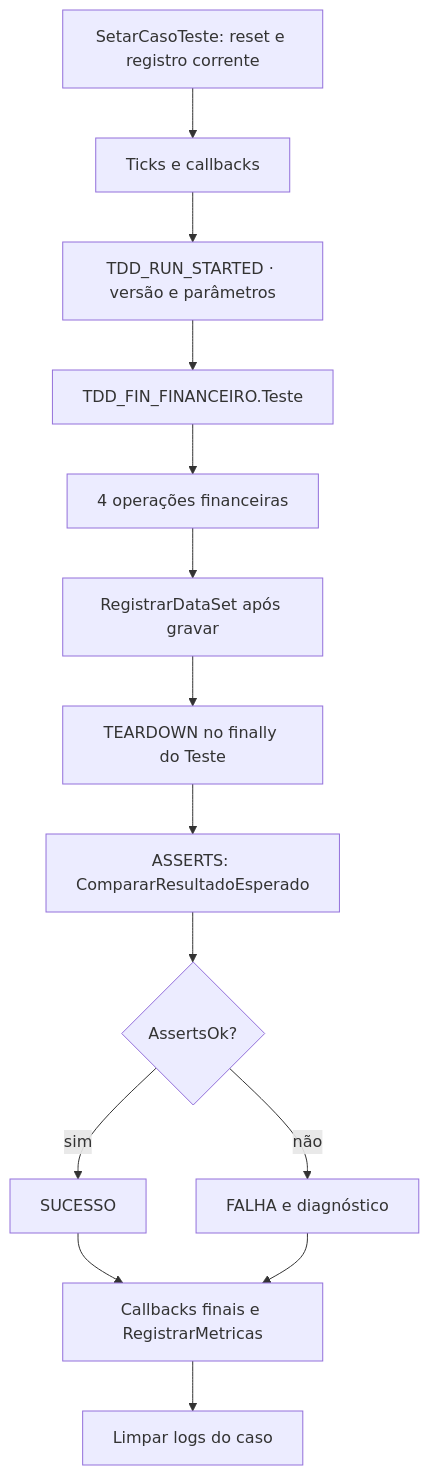
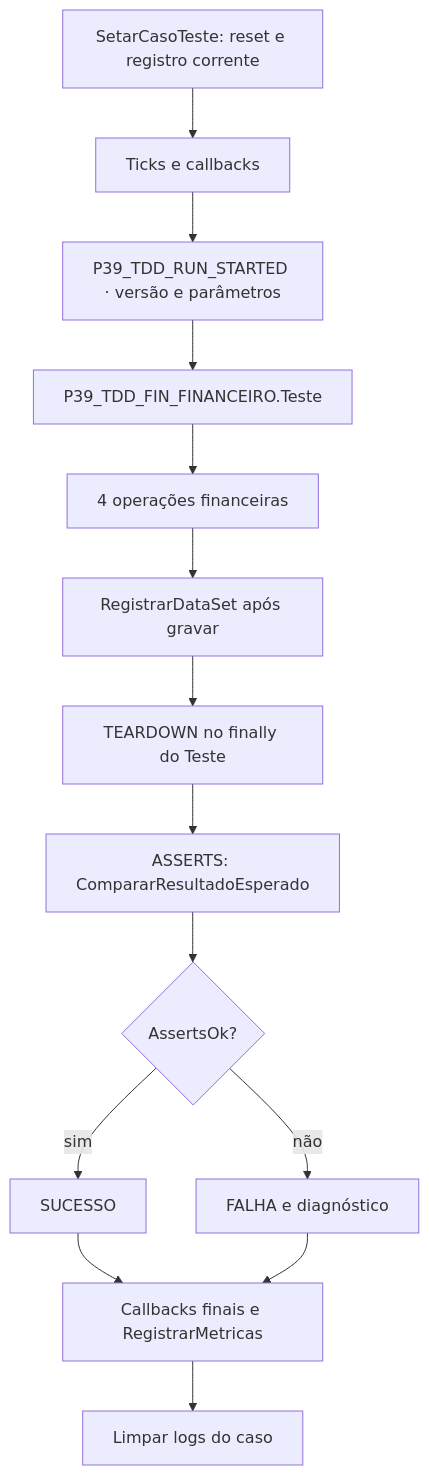
The diagram in docs/MAPEAMENTO_AST_USES_UNITS/runner/tentativa.md (ModulosTestesAutomatizados/TestesAutomatizadosERP), drawn with Mermaid before and after one commit. The commit also changed 69 other files, not shown here.

````diff
--- a/docs/MAPEAMENTO_AST_USES_UNITS/runner/tentativa.md
+++ b/docs/MAPEAMENTO_AST_USES_UNITS/runner/tentativa.md
@@ -3,16 +3,16 @@
 ```mermaid
 flowchart TD
  C["SetarCasoTeste: reset e registro corrente"] --> T["Ticks e callbacks"]
- T --> S["TDD_RUN_STARTED · versão e parâmetros"]
- S --> F["TDD_FIN_FINANCEIRO.Teste"]
+ T --> S["P39_TDD_RUN_STARTED · versão e parâmetros"]
+ S --> F["P39_TDD_FIN_FINANCEIRO.Teste"]
  F --> G["4 operações financeiras"]
  G --> P["RegistrarDataSet após gravar"]
  P --> D["TEARDOWN no finally do Teste"]
  D --> A["ASSERTS: CompararResultadoEsperado"]
  A --> Q{"AssertsOk?"}
  Q -- "sim" --> O["SUCESSO"]
  Q -- "não" --> X["FALHA e diagnóstico"]
  O --> Z["Callbacks finais e RegistrarMetricas"]
  X --> Z
  Z --> L["Limpar logs do caso"]
 ```
````
